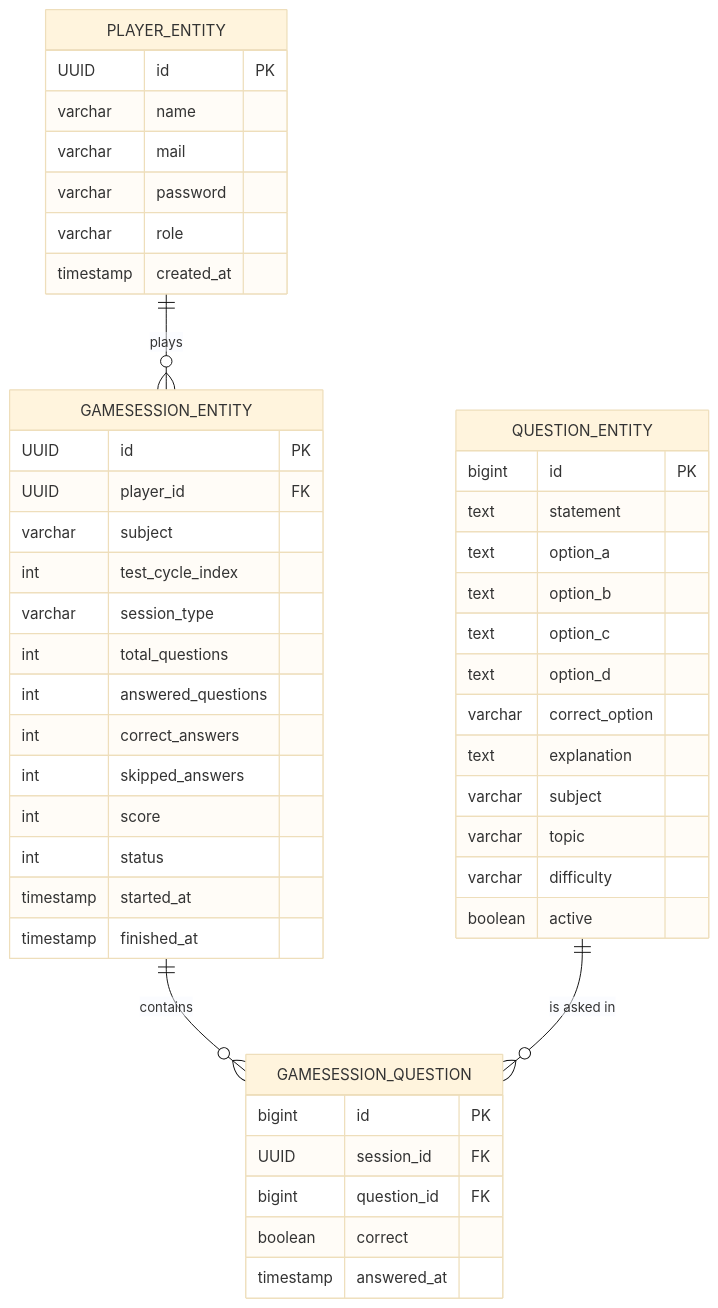
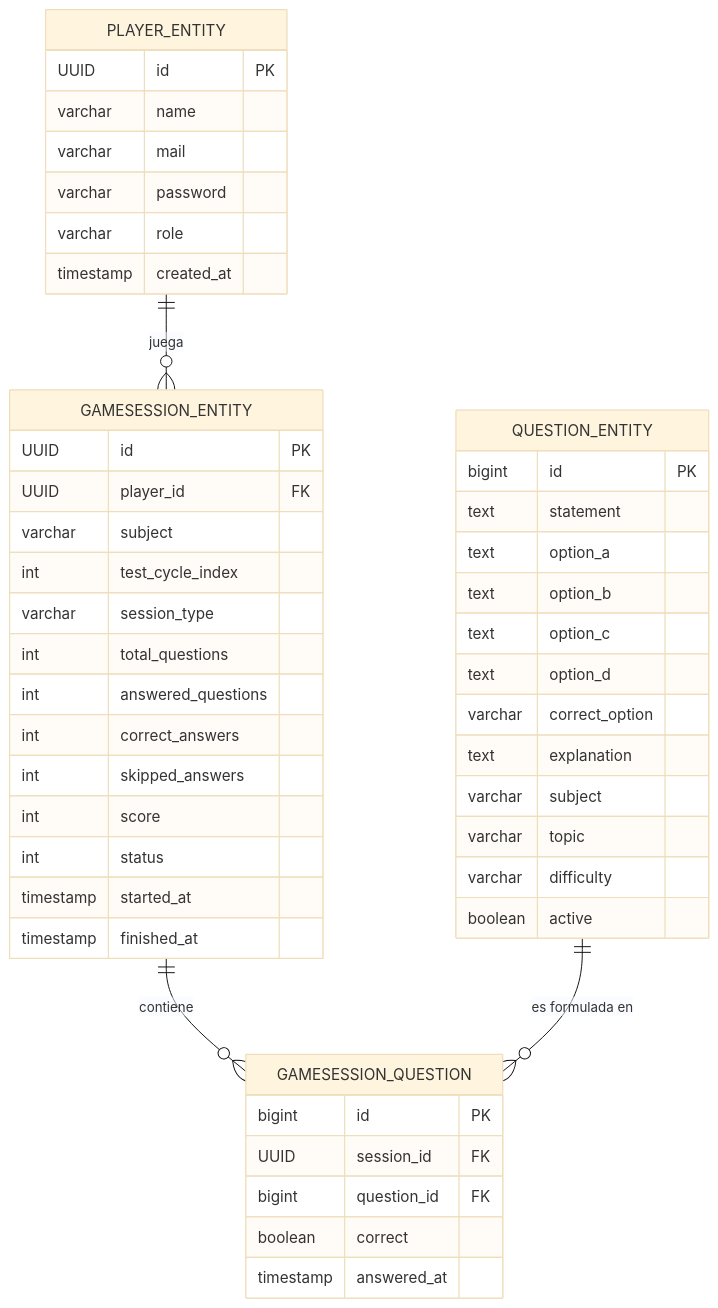
The third of 3 diagrams in README.md (AaronSGomez/TriviaHex), drawn with Mermaid (base theme) before and after one commit. The commit also changed other lines of this file, not shown here.

Commit message:
docs: enhance README with language badges, hexagonal architecture diagrams, and algorithm details

````diff
--- a/README.md
+++ b/README.md
@@ -193,51 +188,51 @@
 ```mermaid
 erDiagram
-    PLAYER_ENTITY ||--o{ GAMESESSION_ENTITY : "plays"
-    GAMESESSION_ENTITY ||--o{ GAMESESSION_QUESTION : "contains"
-    QUESTION_ENTITY ||--o{ GAMESESSION_QUESTION : "is asked in"
+    PLAYER_ENTITY ||--o{ GAMESESSION_ENTITY : "juega"
+    GAMESESSION_ENTITY ||--o{ GAMESESSION_QUESTION : "contiene"
+    QUESTION_ENTITY ||--o{ GAMESESSION_QUESTION : "es formulada en"
 
     PLAYER_ENTITY {
         UUID id PK
         varchar name
         varchar mail
         varchar password
         varchar role
         timestamp created_at
     }
     QUESTION_ENTITY {
         bigint id PK
         text statement
         text option_a
         text option_b
         text option_c
         text option_d
         varchar correct_option
         text explanation
         varchar subject
         varchar topic
         varchar difficulty
         boolean active
     }
     GAMESESSION_ENTITY {
         UUID id PK
         UUID player_id FK
         varchar subject
         int test_cycle_index
         varchar session_type
         int total_questions
         int answered_questions
         int correct_answers
         int skipped_answers
         int score
         int status
         timestamp started_at
         timestamp finished_at
     }
     GAMESESSION_QUESTION {
         bigint id PK
         UUID session_id FK
         bigint question_id FK
         boolean correct
         timestamp answered_at
     }
 ```
````
